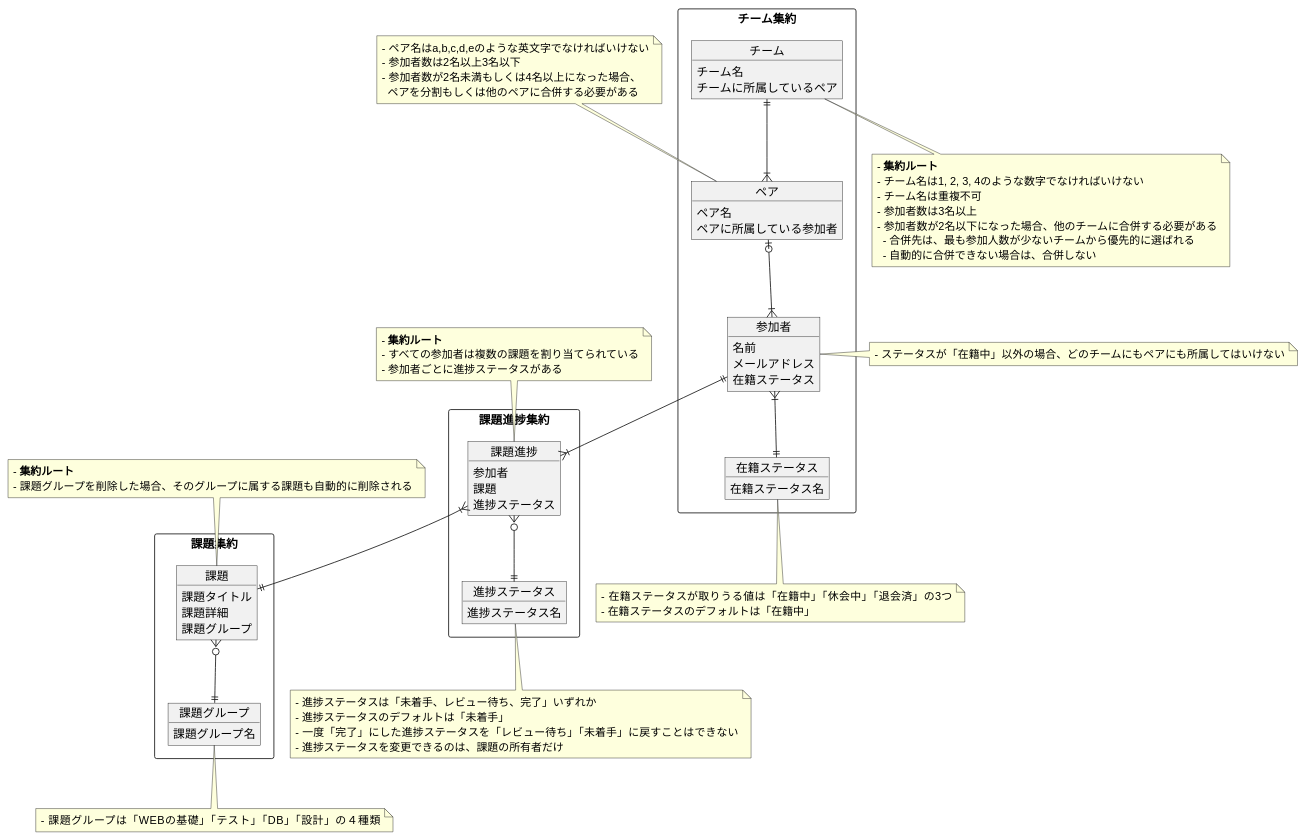
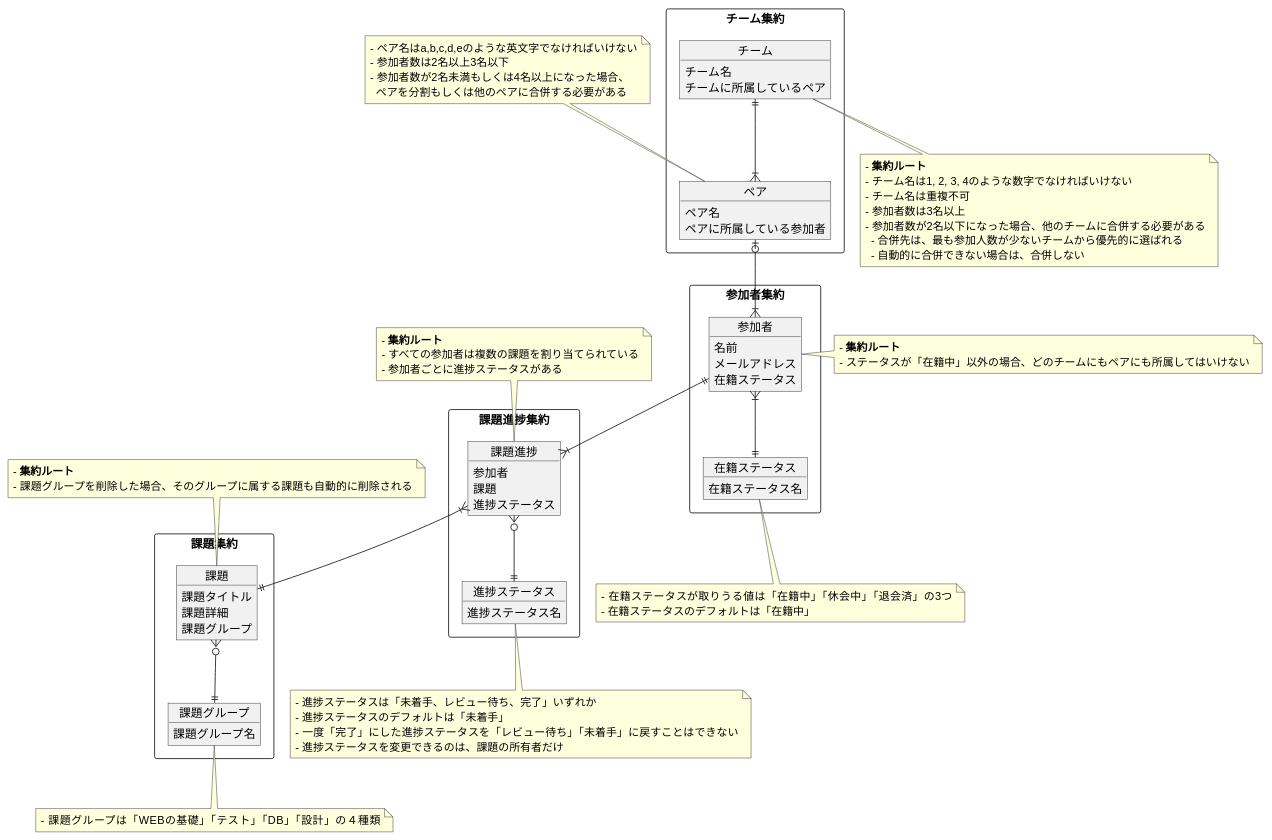
One commit to gn-t-k/PrAhaChallengeTasks changed the diagram in 04_設計/04_プラハチャレンジをDDDで実装してみる/01_モデル図/ドメインモデル図.md. Above: the diagram before and after it, drawn with PlantUML. The commit also changed 6 other files, not shown here.

```diff
--- a/04_設計/04_プラハチャレンジをDDDで実装してみる/01_モデル図/ドメインモデル図.md
+++ b/04_設計/04_プラハチャレンジをDDDで実装してみる/01_モデル図/ドメインモデル図.md
@@ -12,6 +12,9 @@
     ペア名
     ペアに所属している参加者
   }
+}
+
+rectangle 参加者集約 {
   Object 参加者 {
     名前
     メールアドレス
@@ -53,6 +56,7 @@
 課題 }o--|| 課題グループ
 
 note right of 参加者
+- **集約ルート**
 - ステータスが「在籍中」以外の場合、どのチームにもペアにも所属してはいけない
 endnote
 
```
